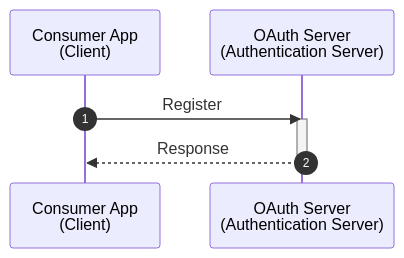
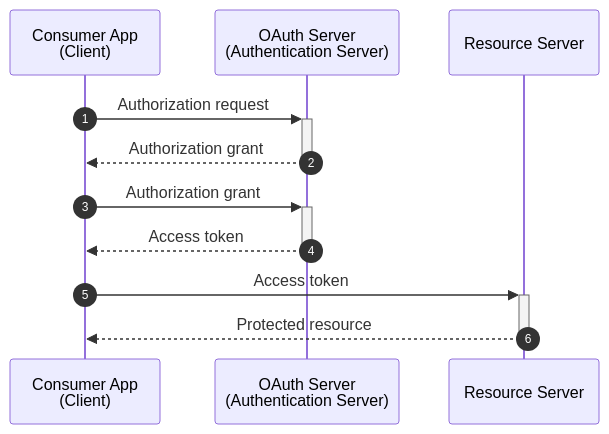
The second of 2 diagrams in auth/oauth.md (wilmerferreira/code-snippets), drawn with Mermaid before and after one commit. The commit also changed other lines of this file and 1 other file, not shown here.

````diff
--- a/auth/oauth.md
+++ b/auth/oauth.md
@@ -40,11 +69,16 @@
 ```mermaid
 sequenceDiagram
     autonumber
     participant Client as Consumer App <br /> (Client)
     participant Server as OAuth Server <br /> (Authentication Server)
+    participant Resource as Resource Server
 
-    Client->>Server: Register
-    activate Server
-    Server-->>Client: Response
-    deactivate Server
+    Client->>+Server: Authorization request
+    Server-->>-Client: Authorization grant
+
+    Client->>+Server: Authorization grant
+    Server-->>-Client: Access token
+
+    Client->>+Resource: Access token
+    Resource-->>-Client: Protected resource
 ```
````
